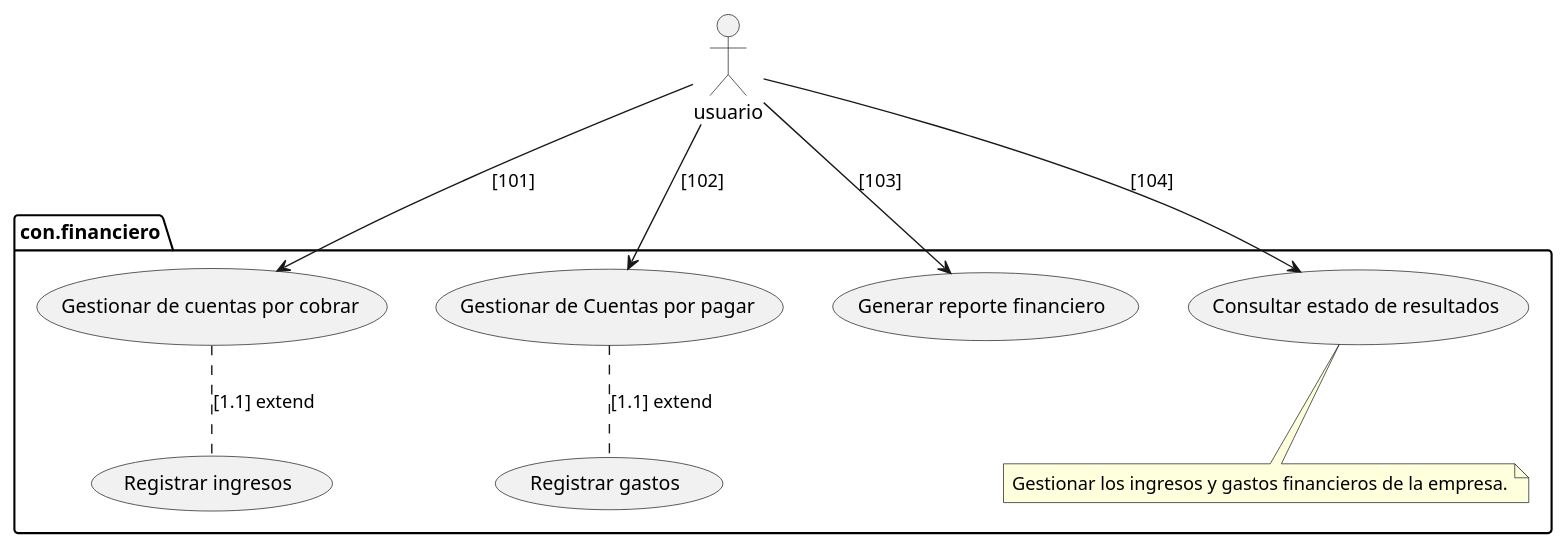
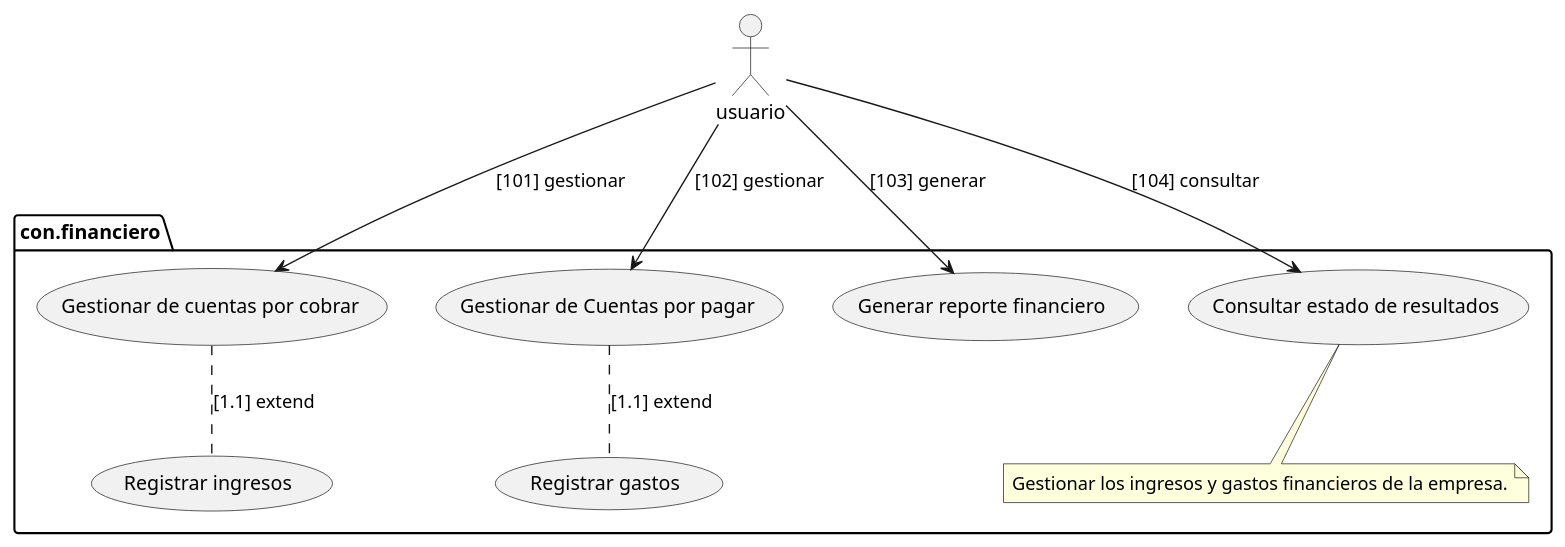
One commit to Digbers/camal-microservice changed the diagram in UML/finanzas/UC finanza.puml. Above: the diagram before and after it, drawn with PlantUML. The commit also changed 174 other files, not shown here.

```diff
--- a/UML/finanzas/UC finanza.puml
+++ b/UML/finanzas/UC finanza.puml
@@ -1,20 +1,20 @@
 @startuml
 actor "usuario" as cli
 package "con.financiero" {
 note "Gestionar los ingresos y gastos financieros de la empresa." as N3
     usecase "Gestionar de cuentas por cobrar" as porCobrar
     usecase "Gestionar de Cuentas por pagar" as porPagar
     usecase "Registrar ingresos" as ingresos
     usecase "Registrar gastos" as gastos
     usecase "Generar reporte financiero" as reportF
     usecase "Consultar estado de resultados" as estResultados
 
     estResultados ..N3
     porCobrar .. ingresos : [1.1] extend
     porPagar .. gastos : [1.1] extend
 }
-cli --> porCobrar : [101]
-cli --> porPagar : [102]
-cli --> reportF : [103]
-cli --> estResultados : [104]
+cli --> porCobrar : [101] gestionar
+cli --> porPagar : [102] gestionar
+cli --> reportF : [103] generar
+cli --> estResultados : [104] consultar
 @enduml
```
